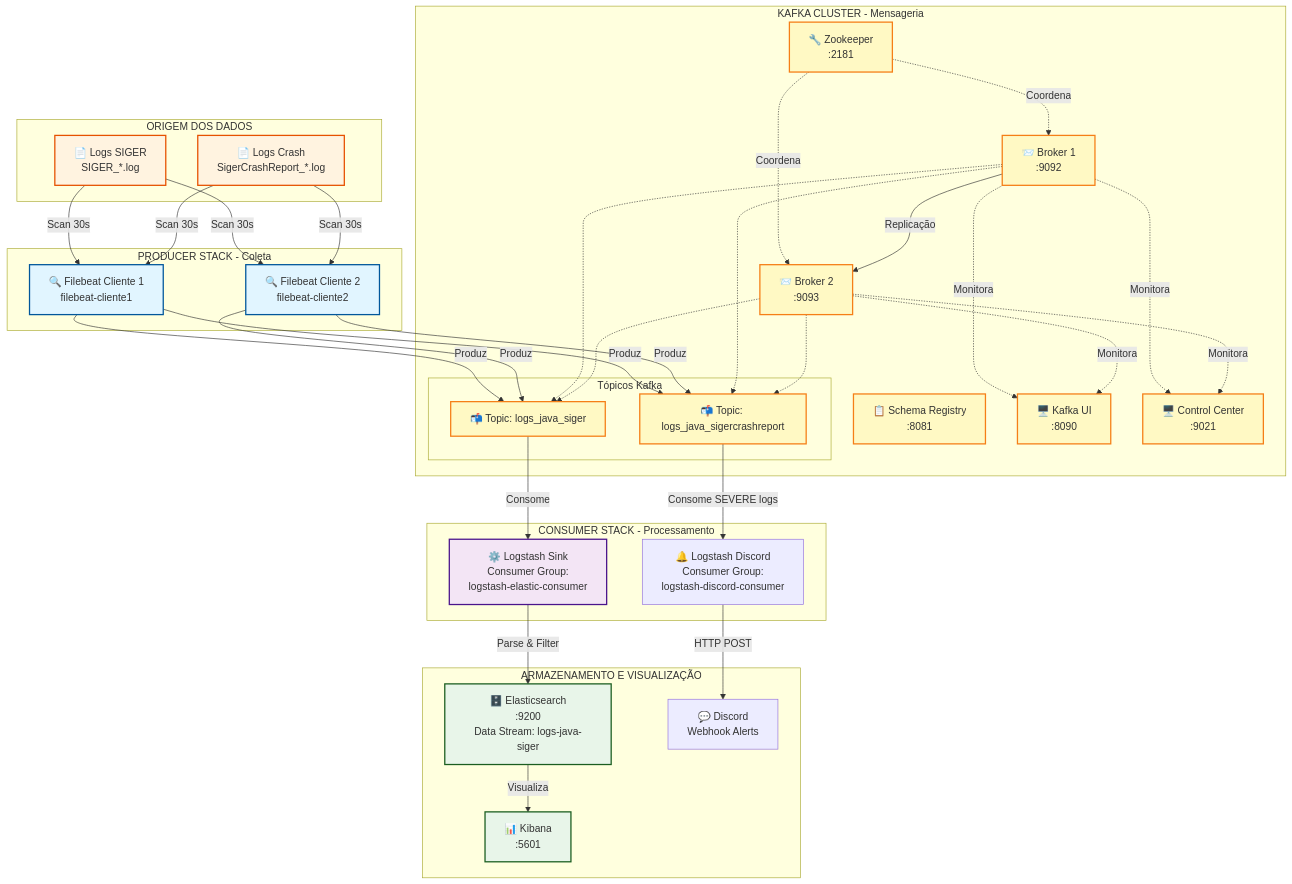
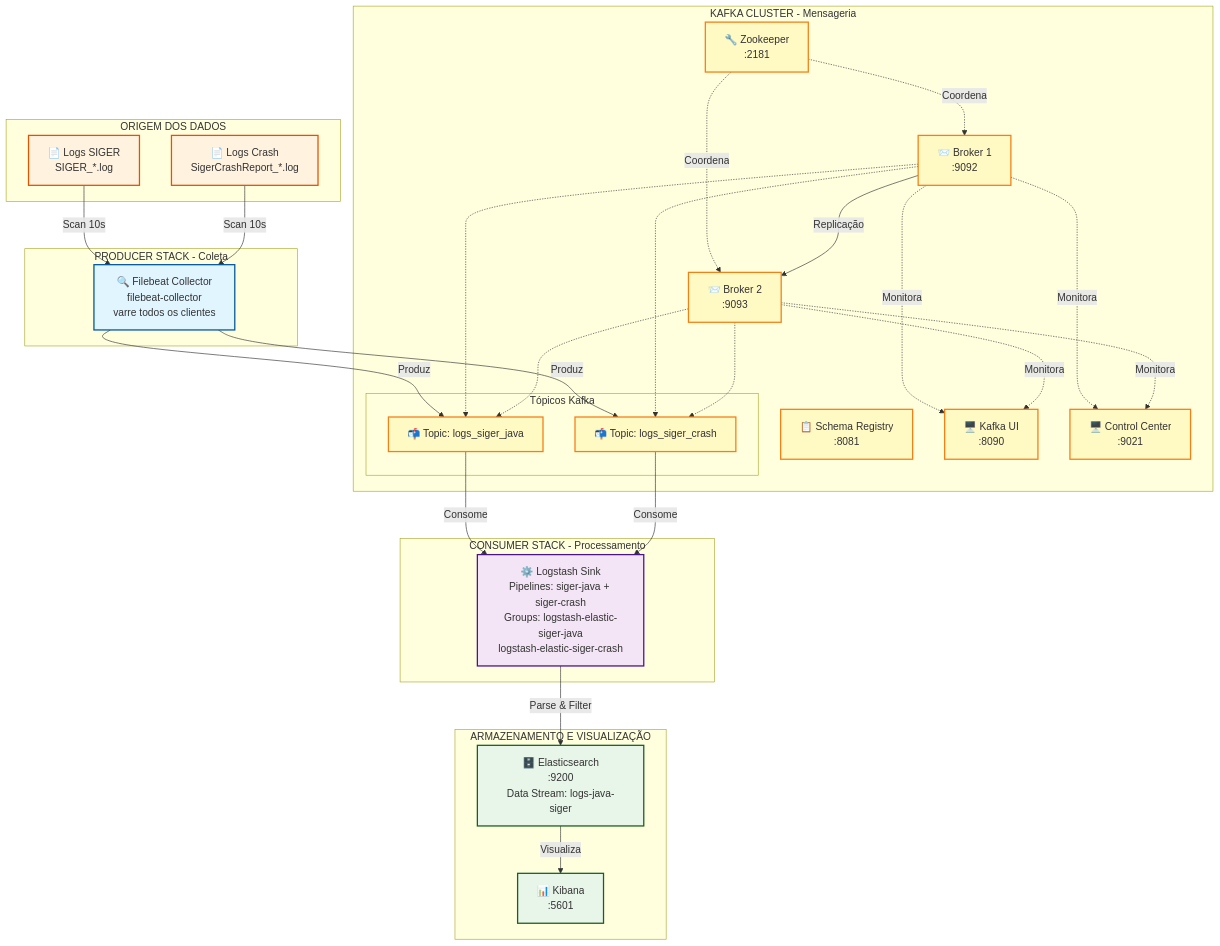
The diagram in README.md (tcpassos/kafka-log-pipeline), drawn with Mermaid before and after one commit. The commit also changed other lines of this file and 17 other files, not shown here.

First line of the commit message:
Refactor logging stack: Filebeat + Logstash + ES

````diff
--- a/README.md
+++ b/README.md
@@ -7,81 +7,73 @@
 ```mermaid
 graph TB
     subgraph "ORIGEM DOS DADOS"
         L1[📄 Logs SIGER<br/>SIGER_*.log]
         L2[📄 Logs Crash<br/>SigerCrashReport_*.log]
     end
 
     subgraph "PRODUCER STACK - Coleta"
-        FB1[🔍 Filebeat Cliente 1<br/>filebeat-cliente1]
-        FB2[🔍 Filebeat Cliente 2<br/>filebeat-cliente2]
+        FB[🔍 Filebeat Collector<br/>filebeat-collector<br/>varre todos os clientes]
     end
 
     subgraph "KAFKA CLUSTER - Mensageria"
         ZK[🔧 Zookeeper<br/>:2181]
         K1[📨 Broker 1<br/>:9092]
         K2[📨 Broker 2<br/>:9093]
         SR[📋 Schema Registry<br/>:8081]
         
         subgraph "Tópicos Kafka"
-            T1[📬 Topic: logs_java_siger]
-            T2[📬 Topic: logs_java_sigercrashreport]
+            T1[📬 Topic: logs_siger_java]
+            T2[📬 Topic: logs_siger_crash]
         end
         
         UI1[🖥️ Kafka UI<br/>:8090]
         UI2[🖥️ Control Center<br/>:9021]
     end
 
     subgraph "CONSUMER STACK - Processamento"
-        LS[⚙️ Logstash Sink<br/>Consumer Group:<br/>logstash-elastic-consumer]
-        LD[🔔 Logstash Discord<br/>Consumer Group:<br/>logstash-discord-consumer]
+        LS[⚙️ Logstash Sink<br/>Pipelines: siger-java + siger-crash<br/>Groups: logstash-elastic-siger-java<br/>logstash-elastic-siger-crash]
     end
 
     subgraph "ARMAZENAMENTO E VISUALIZAÇÃO"
         ES[🗄️ Elasticsearch<br/>:9200<br/>Data Stream: logs-java-siger]
         KB[📊 Kibana<br/>:5601]
-        DC[💬 Discord<br/>Webhook Alerts]
     end
 
-    L1 -->|Scan 30s| FB1
-    L1 -->|Scan 30s| FB2
-    L2 -->|Scan 30s| FB1
-    L2 -->|Scan 30s| FB2
+    L1 -->|Scan 10s| FB
+    L2 -->|Scan 10s| FB
 
-    FB1 -->|Produz| T1
-    FB1 -->|Produz| T2
-    FB2 -->|Produz| T1
-    FB2 -->|Produz| T2
+    FB -->|Produz| T1
+    FB -->|Produz| T2
 
     ZK -.->|Coordena| K1
     ZK -.->|Coordena| K2
     K1 -->|Replicação| K2
     K1 -.-> T1
     K1 -.-> T2
     K2 -.-> T1
     K2 -.-> T2
 
     T1 -->|Consome| LS
-    T2 -->|Consome SEVERE logs| LD
+    T2 -->|Consome| LS
     
     LS -->|Parse & Filter| ES
-    LD -->|HTTP POST| DC
 
     ES -->|Visualiza| KB
 
     K1 -.->|Monitora| UI1
     K2 -.->|Monitora| UI1
     K1 -.->|Monitora| UI2
     K2 -.->|Monitora| UI2
 
     classDef producer fill:#e1f5ff,stroke:#01579b,stroke-width:2px
     classDef kafka fill:#fff9c4,stroke:#f57f17,stroke-width:2px
     classDef consumer fill:#f3e5f5,stroke:#4a148c,stroke-width:2px
     classDef storage fill:#e8f5e9,stroke:#1b5e20,stroke-width:2px
     classDef logs fill:#fff3e0,stroke:#e65100,stroke-width:2px
 
     class L1,L2 logs
-    class FB1,FB2 producer
+    class FB producer
     class ZK,K1,K2,SR,T1,T2,UI1,UI2 kafka
     class LS consumer
     class ES,KB storage
 ```
````
